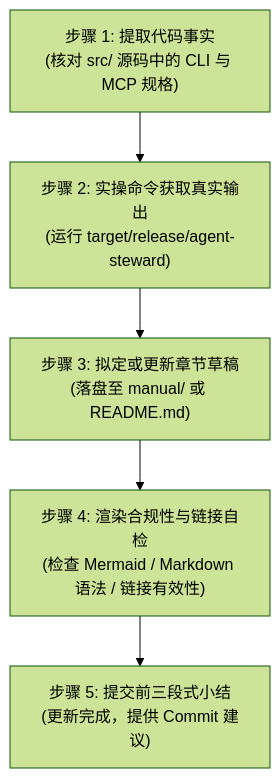
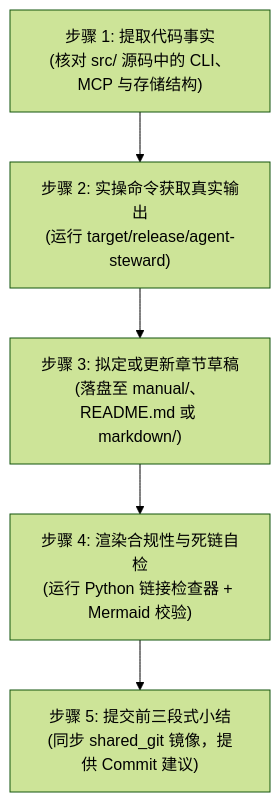
The diagram in skills/agent-steward-doc-writer/SKILL.md (digoal/agent-body), drawn with Mermaid (forest theme) before and after one commit. The commit also changed other lines of this file and 2 other files, not shown here.

Commit message:
docs(skills): 全面刷新三套内置技能，对齐图智能、CodeGraph 宏微联邦与 18 个 MCP 工具

````diff
--- a/skills/agent-steward-doc-writer/SKILL.md
+++ b/skills/agent-steward-doc-writer/SKILL.md
@@ -62,7 +64,7 @@
 ```mermaid
 flowchart TD
-    A["步骤 1: 提取代码事实<br/>(核对 src/ 源码中的 CLI 与 MCP 规格)"] --> B["步骤 2: 实操命令获取真实输出<br/>(运行 target/release/agent-steward)"]
-    B --> C["步骤 3: 拟定或更新章节草稿<br/>(落盘至 manual/ 或 README.md)"]
-    C --> D["步骤 4: 渲染合规性与链接自检<br/>(检查 Mermaid / Markdown 语法 / 链接有效性)"]
-    D --> E["步骤 5: 提交前三段式小结<br/>(更新完成，提供 Commit 建议)"]
+    A["步骤 1: 提取代码事实<br/>(核对 src/ 源码中的 CLI、MCP 与存储结构)"] --> B["步骤 2: 实操命令获取真实输出<br/>(运行 target/release/agent-steward)"]
+    B --> C["步骤 3: 拟定或更新章节草稿<br/>(落盘至 manual/、README.md 或 markdown/)"]
+    C --> D["步骤 4: 渲染合规性与死链自检<br/>(运行 Python 链接检查器 + Mermaid 校验)"]
+    D --> E["步骤 5: 提交前三段式小结<br/>(同步 shared_git 镜像，提供 Commit 建议)"]
 ```
````
